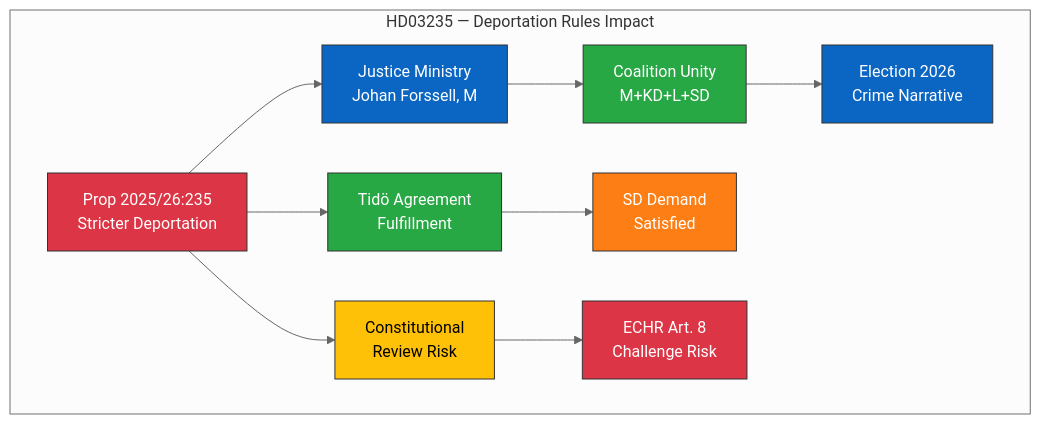
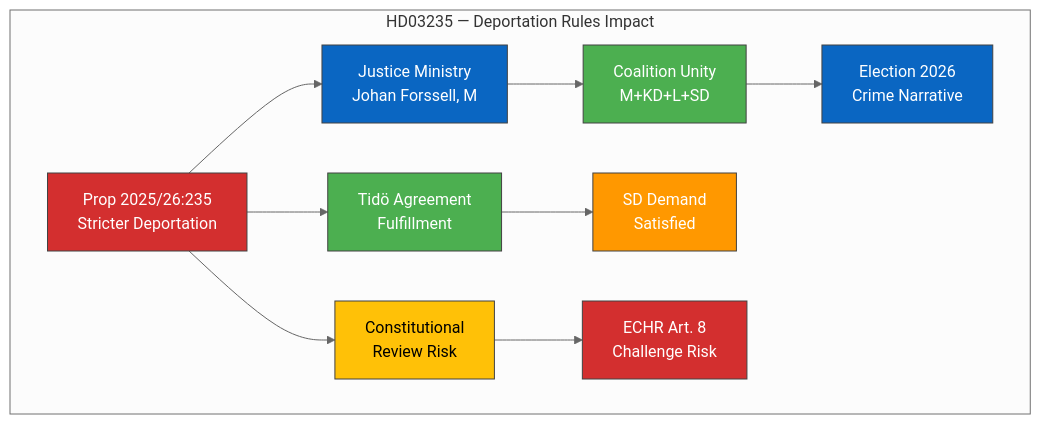
The diagram in analysis/daily/2026-04-04/realtime-1212/documents/HD03235-analysis.md (Hack23/riksdagsmonitor), drawn with Mermaid (neutral theme) before and after one commit. The commit also changed 785 other files, not shown here.

First line of the commit message:
Normalize mermaid colors across 786 analysis artifacts to ISMS Style Guide palette

````diff
--- a/analysis/daily/2026-04-04/realtime-1212/documents/HD03235-analysis.md
+++ b/analysis/daily/2026-04-04/realtime-1212/documents/HD03235-analysis.md
@@ -58,20 +58,20 @@
 ```mermaid
 graph TD
     subgraph "HD03235 — Deportation Rules Impact"
         A["Prop 2025/26:235<br/>Stricter Deportation"] --> B["Justice Ministry<br/>Johan Forssell, M"]
         A --> C["Tidö Agreement<br/>Fulfillment"]
         A --> D["Constitutional<br/>Review Risk"]
         B --> E["Coalition Unity<br/>M+KD+L+SD"]
         C --> F["SD Demand<br/>Satisfied"]
         D --> G["ECHR Art. 8<br/>Challenge Risk"]
         E --> H["Election 2026<br/>Crime Narrative"]
     end
-    style A fill:#dc3545,stroke:#333,color:#fff
-    style B fill:#0A66C2,stroke:#333,color:#fff
-    style C fill:#28a745,stroke:#333,color:#fff
-    style D fill:#ffc107,stroke:#333,color:#000
-    style E fill:#28a745,stroke:#333,color:#fff
-    style F fill:#fd7e14,stroke:#333,color:#fff
-    style G fill:#dc3545,stroke:#333,color:#fff
-    style H fill:#0A66C2,stroke:#333,color:#fff
+    style A fill:#D32F2F,stroke:#424242,color:#FFFFFF
+    style B fill:#0A66C2,stroke:#424242,color:#FFFFFF
+    style C fill:#4CAF50,stroke:#424242,color:#FFFFFF
+    style D fill:#FFC107,stroke:#424242,color:#000000
+    style E fill:#4CAF50,stroke:#424242,color:#FFFFFF
+    style F fill:#FF9800,stroke:#424242,color:#FFFFFF
+    style G fill:#D32F2F,stroke:#424242,color:#FFFFFF
+    style H fill:#0A66C2,stroke:#424242,color:#FFFFFF
 ```
````
